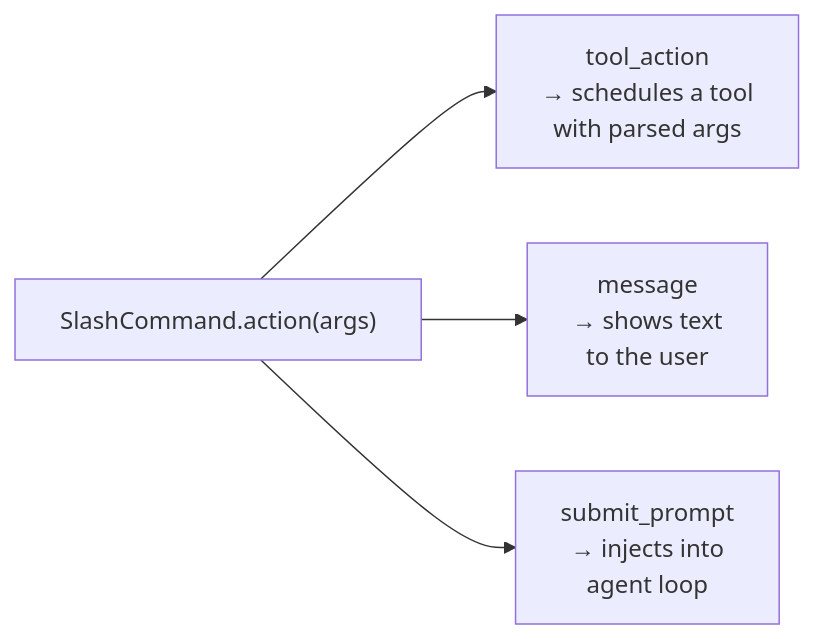
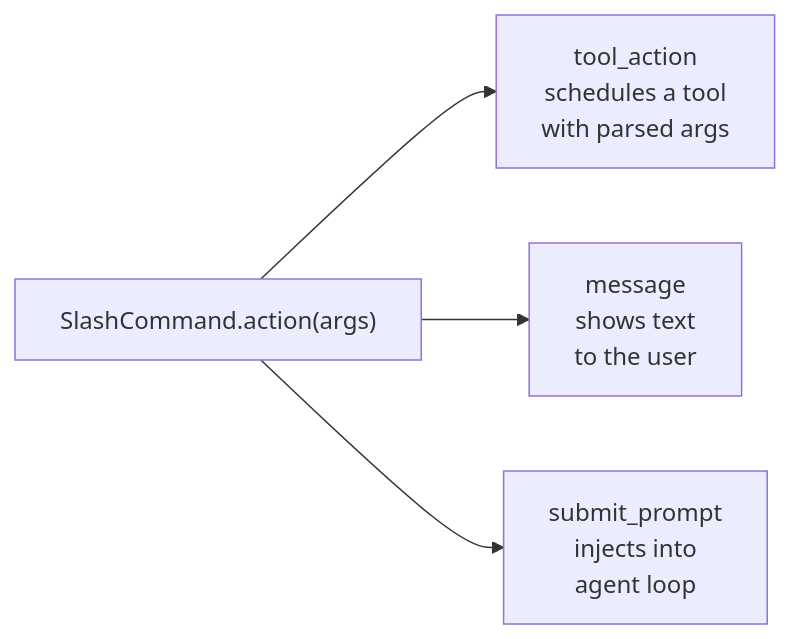
One commit to muddlebee/gemini-cli changed the fourth of 11 diagrams in docs/local/gsoc-proposal-visualization-v2.md. Above: the diagram before and after it, drawn with Mermaid. The commit also changed other lines of this file, not shown here.

Commit message:
refactor(docs): enhance Mermaid diagrams for clarity and consistency in GSoC proposal

````diff
--- a/docs/local/gsoc-proposal-visualization-v2.md
+++ b/docs/local/gsoc-proposal-visualization-v2.md
@@ -136,7 +136,7 @@
 ```mermaid
 flowchart LR
     A["SlashCommand.action(args)"]
-    A --> B["tool_action\n→ schedules a tool\nwith parsed args"]
-    A --> C["message\n→ shows text\nto the user"]
-    A --> D["submit_prompt\n→ injects into\nagent loop"]
+    A --> B["tool_action<br/>schedules a tool<br/>with parsed args"]
+    A --> C["message<br/>shows text<br/>to the user"]
+    A --> D["submit_prompt<br/>injects into<br/>agent loop"]
 ```
````
